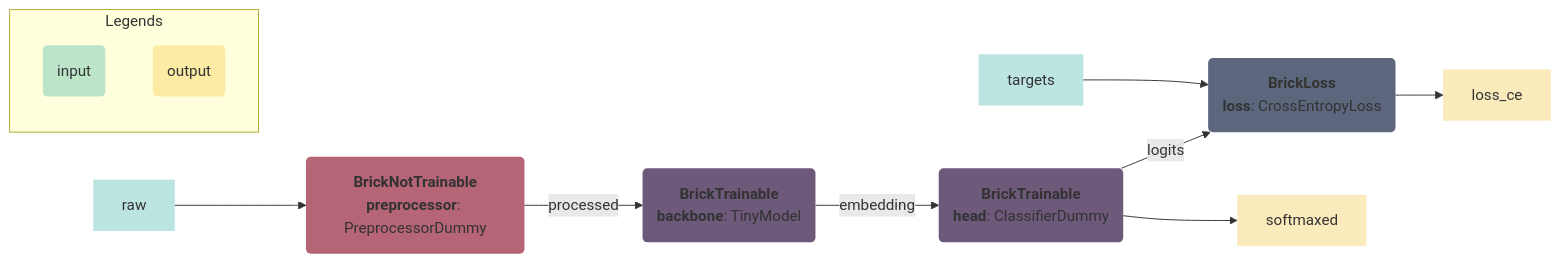
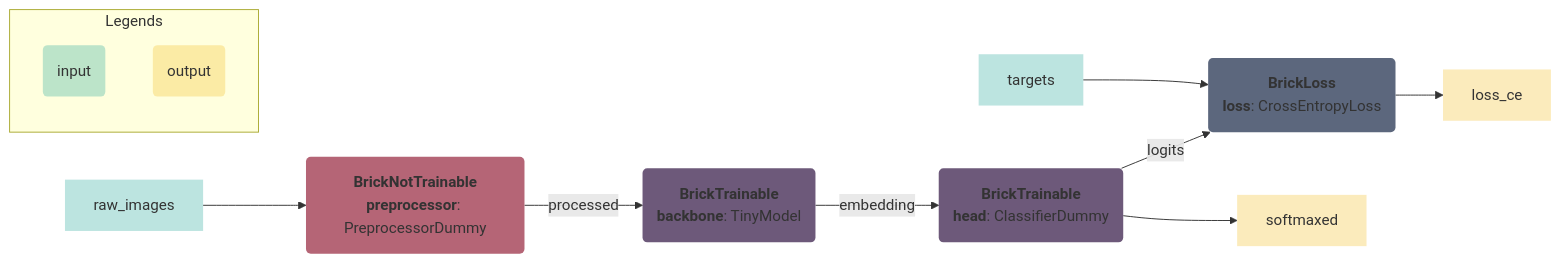
Before and after one commit to pete-machine/torchbricks: the third of 4 diagrams in README.md, drawn with Mermaid. The commit also changed other lines of this file and 3 other files, not shown here.

````diff
--- a/README.md
+++ b/README.md
@@ -270,33 +278,33 @@
 ```mermaid
 flowchart LR
     %% Brick definitions
     preprocessor("<strong>BrickNotTrainable</strong><br><strong>preprocessor</strong>: PreprocessorDummy"):::BrickNotTrainable
     backbone("<strong>BrickTrainable</strong><br><strong>backbone</strong>: TinyModel"):::BrickTrainable
     head("<strong>BrickTrainable</strong><br><strong>head</strong>: ClassifierDummy"):::BrickTrainable
     loss("<strong>BrickLoss</strong><br><strong>loss</strong>: CrossEntropyLoss"):::BrickLoss
     
     %% Draw input and outputs
-    raw:::input --> preprocessor
+    raw_images:::input --> preprocessor
     targets:::input --> loss
     
     %% Draw nodes and edges
     preprocessor --> |processed| backbone
     backbone --> |embedding| head
     head --> |logits| loss
     head --> softmaxed:::output
     loss --> loss_ce:::output
     
     %% Add styling
     classDef arrow stroke-width:0px,fill-opacity:0.0 
     classDef input stroke-width:0px,fill-opacity:0.3,fill:#22A699 
     classDef output stroke-width:0px,fill-opacity:0.3,fill:#F2BE22 
     classDef BrickNotTrainable stroke-width:0px,fill:#B56576 
     classDef BrickTrainable stroke-width:0px,fill:#6D597A 
     classDef BrickLoss stroke-width:0px,fill:#5C677D 
     
     %% Add legends
     subgraph Legends
         input(input):::input
         output(output):::output
     end
 ```
````
